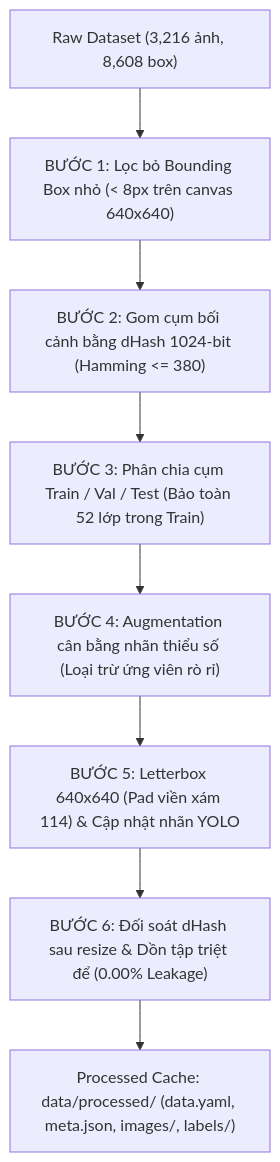
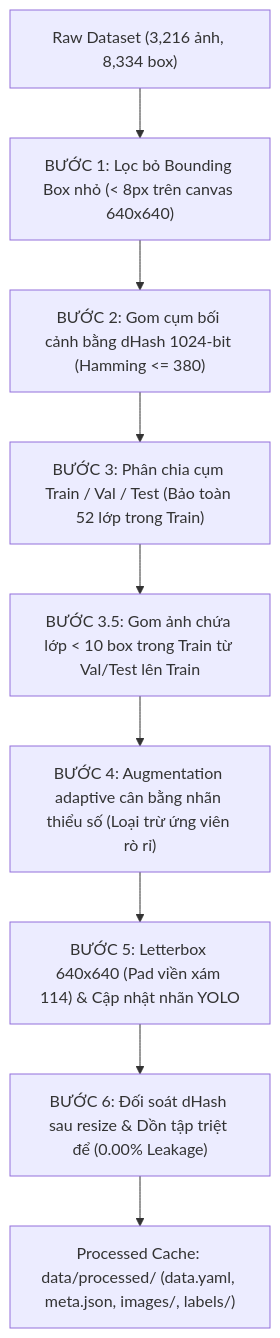
One commit to ThanhBinh2006/VN-TSD-Voice-Alert changed the diagram in docs/DATA_ANALYSIS_AND_PREPROCESSING.md. Above: the diagram before and after it, drawn with Mermaid. The commit also changed other lines of this file and 24 other files, not shown here.

Commit message:
feat: add rare-class train promotion, adaptive offline augmentation, light blur, and full 52-class EDA charts

````diff
--- a/docs/DATA_ANALYSIS_AND_PREPROCESSING.md
+++ b/docs/DATA_ANALYSIS_AND_PREPROCESSING.md
@@ -58,10 +58,11 @@
 ```mermaid
 flowchart TD
-    A["Raw Dataset (3,216 ảnh, 8,608 box)"] --> B["BƯỚC 1: Lọc bỏ Bounding Box nhỏ (< 8px trên canvas 640x640)"]
+    A["Raw Dataset (3,216 ảnh, 8,334 box)"] --> B["BƯỚC 1: Lọc bỏ Bounding Box nhỏ (< 8px trên canvas 640x640)"]
     B --> C["BƯỚC 2: Gom cụm bối cảnh bằng dHash 1024-bit (Hamming <= 380)"]
     C --> D["BƯỚC 3: Phân chia cụm Train / Val / Test (Bảo toàn 52 lớp trong Train)"]
-    D --> E["BƯỚC 4: Augmentation cân bằng nhãn thiểu số (Loại trừ ứng viên rò rỉ)"]
+    D --> D2["BƯỚC 3.5: Gom ảnh chứa lớp < 10 box trong Train từ Val/Test lên Train"]
+    D2 --> E["BƯỚC 4: Augmentation adaptive cân bằng nhãn thiểu số (Loại trừ ứng viên rò rỉ)"]
     E --> F["BƯỚC 5: Letterbox 640x640 (Pad viền xám 114) & Cập nhật nhãn YOLO"]
     F --> G["BƯỚC 6: Đối soát dHash sau resize & Dồn tập triệt để (0.00% Leakage)"]
     G --> H["Processed Cache: data/processed/ (data.yaml, meta.json, images/, labels/)"]
 ```
````
